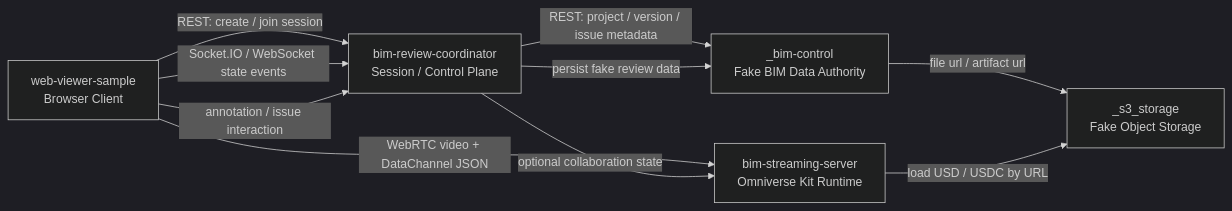
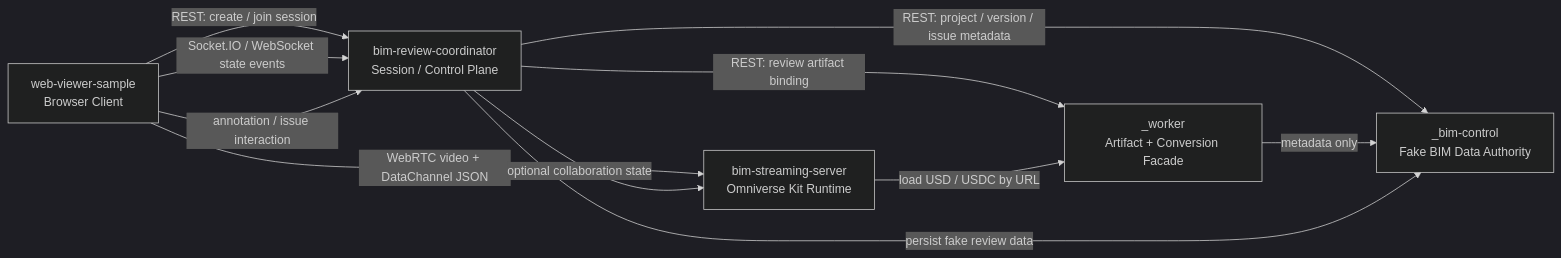
Before and after one commit to monkey1sai/AI-BIM-governance: the second of 7 diagrams in CLAUDE.md, drawn with Mermaid (dark theme). The commit also changed other lines of this file and 107 other files, not shown here.

First line of the commit message:
feat(worker)!: 統一 demo 步驟 ①/② 至 _worker 並退役 legacy storage/conversion 服務

````diff
--- a/CLAUDE.md
+++ b/CLAUDE.md
@@ -152,18 +145,19 @@
 ```mermaid
 flowchart LR
     BC["_bim-control\nFake BIM Data Authority"]
-    S3["_s3_storage\nFake Object Storage"]
+    WK["_worker\nArtifact + Conversion Facade"]
     CO["bim-review-coordinator\nSession / Control Plane"]
     KIT["bim-streaming-server\nOmniverse Kit Runtime"]
     WV["web-viewer-sample\nBrowser Client"]
 
     WV -->|REST: create / join session| CO
     CO -->|REST: project / version / issue metadata| BC
-    BC -->|file url / artifact url| S3
+    CO -->|REST: review artifact binding| WK
+    WK -->|metadata only| BC
     WV -->|WebRTC video + DataChannel JSON| KIT
-    KIT -->|load USD / USDC by URL| S3
+    KIT -->|load USD / USDC by URL| WK
     WV -->|Socket.IO / WebSocket state events| CO
     CO -->|optional collaboration state| KIT
     WV -->|annotation / issue interaction| CO
     CO -->|persist fake review data| BC
 ```
````
